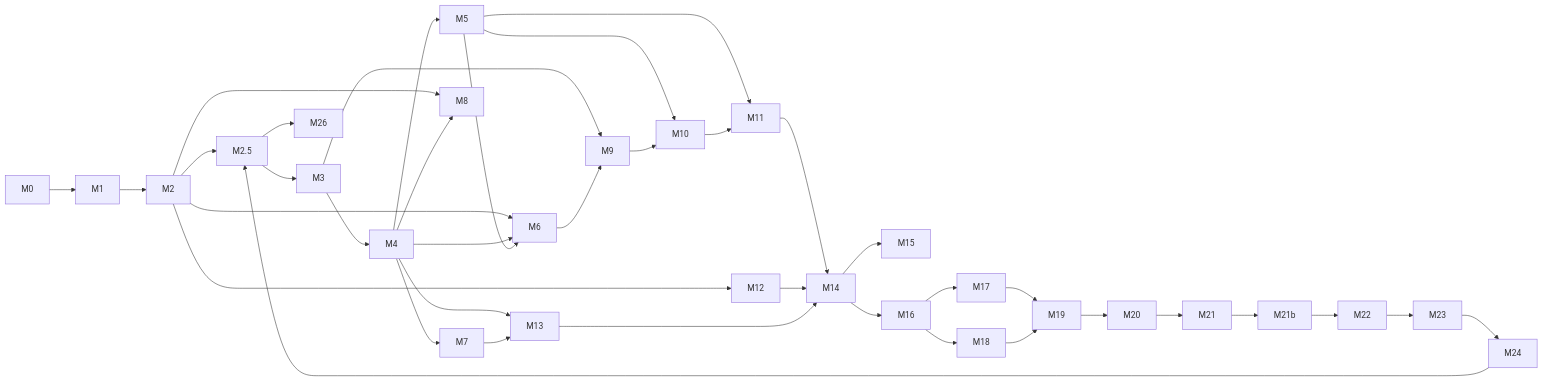
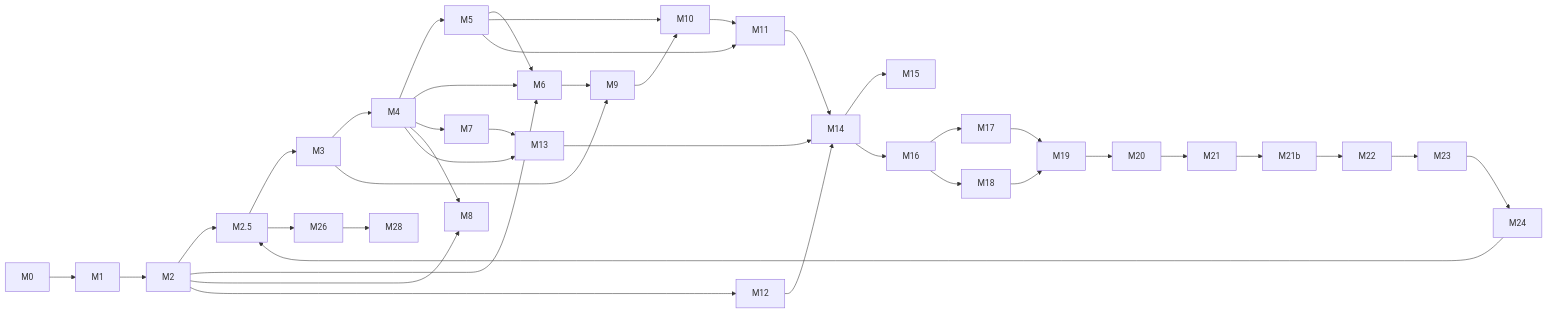
The diagram in docs/09-plan/README.md (vundavallibalakrishna/agentic-runtime), drawn with Mermaid before and after one commit. The commit also changed other lines of this file and 89 other files, not shown here.

````diff
--- a/docs/09-plan/README.md
+++ b/docs/09-plan/README.md
@@ -56,29 +59,29 @@
 ```mermaid
 flowchart LR
   M0 --> M1 --> M2 --> M25[M2.5] --> M3 --> M4 --> M5
   M2 --> M6
   M4 --> M6
   M5 --> M6
   M4 --> M7
   M2 --> M8
   M4 --> M8
   M3 --> M9
   M6 --> M9
   M5 --> M10
   M9 --> M10
   M5 --> M11
   M10 --> M11
   M2 --> M12
   M4 --> M13
   M7 --> M13
   M11 --> M14
   M12 --> M14
   M13 --> M14
   M14 --> M15
   M14 --> M16
   M16 --> M17
   M16 --> M18
   M17 --> M19
   M18 --> M19
-  M19 --> M20 --> M21 --> M21b[M21b] --> M22 --> M23 --> M24 --> M25 --> M26
+  M19 --> M20 --> M21 --> M21b[M21b] --> M22 --> M23 --> M24 --> M25 --> M26 --> M28
 ```
````
